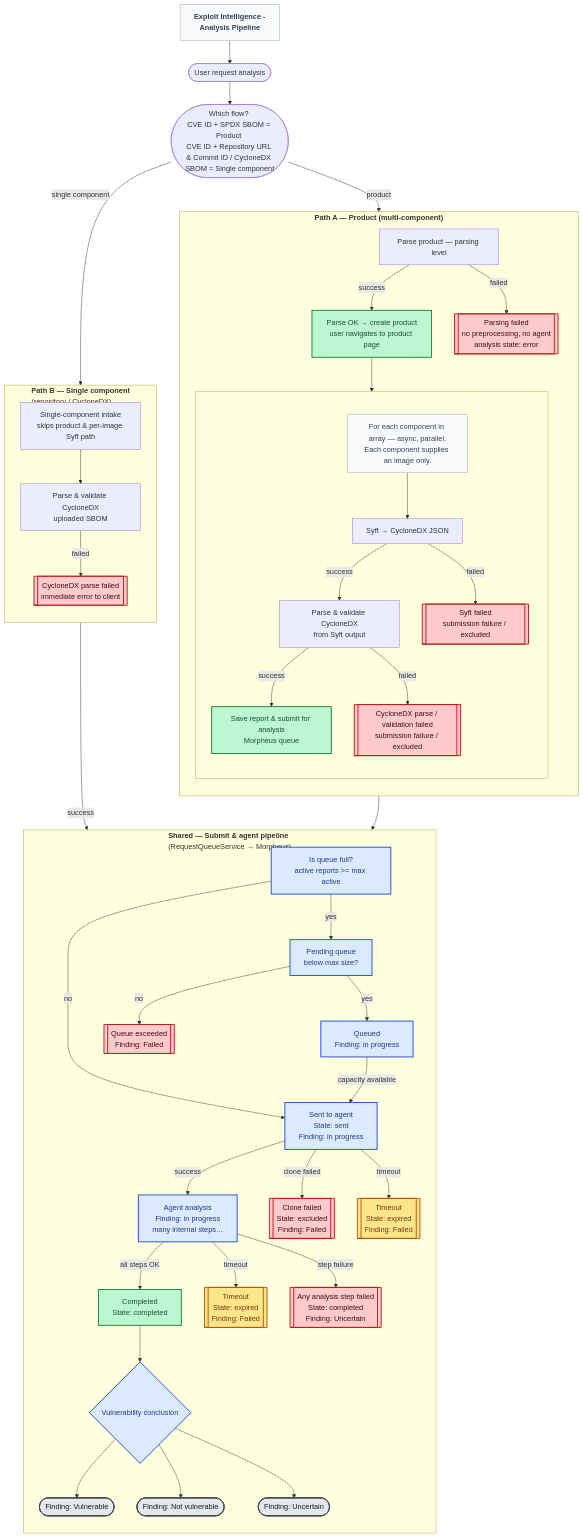
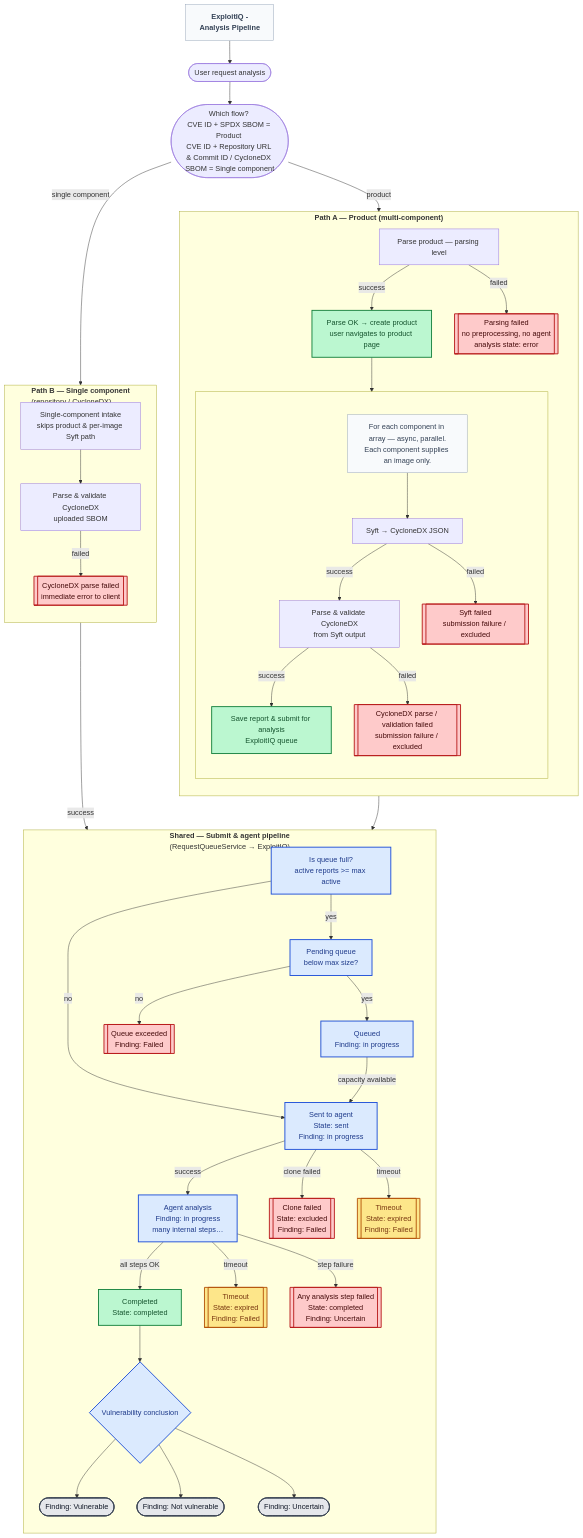
The diagram in README.md (rhartuv/agent-morpheus-client), drawn with Mermaid before and after one commit. The commit also changed other lines of this file and 328 other files, not shown here.

Commit message:
Rename Agent Morpheus to ExploitIQ

```diff
--- a/README.md
+++ b/README.md
@@ -158,7 +158,7 @@
     classDef ok fill:#bbf7d0,stroke:#15803d,stroke-width:2px,color:#14532d
     classDef caption fill:#f8fafc,stroke:#94a3b8,stroke-width:1px,color:#334155
 
-    HEADER["<b>Exploit Intelligence -<br/>Analysis Pipeline</b>"]
+    HEADER["<b>ExploitIQ -<br/>Analysis Pipeline</b>"]
     class HEADER caption
 
     START([User request analysis])
@@ -178,7 +178,7 @@
             SYFT_FAIL[[Syft failed<br/>submission failure / excluded]]
             CYCLONE_VAL["Parse &amp; validate CycloneDX<br/>from Syft output"]
             CYCLONE_FAIL[[CycloneDX parse / validation failed<br/>submission failure / excluded]]
-            TO_AGENT["Save report &amp; submit for analysis<br/>Morpheus queue"]
+            TO_AGENT["Save report &amp; submit for analysis<br/>ExploitIQ queue"]
 
             PER_CAPTION --> SYFT
         end
@@ -199,7 +199,7 @@
         SC_CYCLONE_ERR[[CycloneDX parse failed<br/>immediate error to client]]
     end
 
-    subgraph AGENT["<b>Shared — Submit &amp; agent pipeline</b><br/>(RequestQueueService → Morpheus)"]
+    subgraph AGENT["<b>Shared — Submit &amp; agent pipeline</b><br/>(RequestQueueService → ExploitIQ)"]
         direction TB
         QUEUE_GATE["Is queue full?<br/>active reports &gt;= max active"]
         PEND_CAP[Pending queue<br/>below max size?]
```
